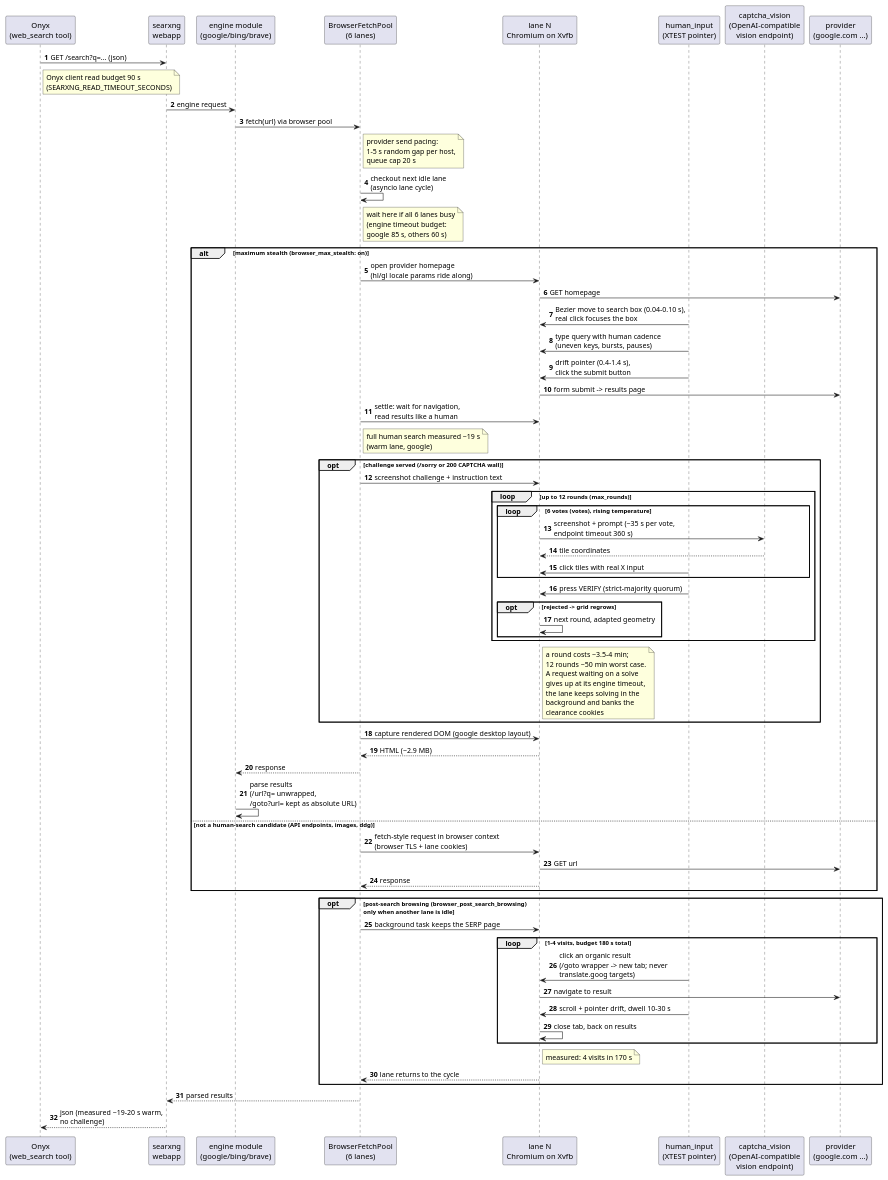
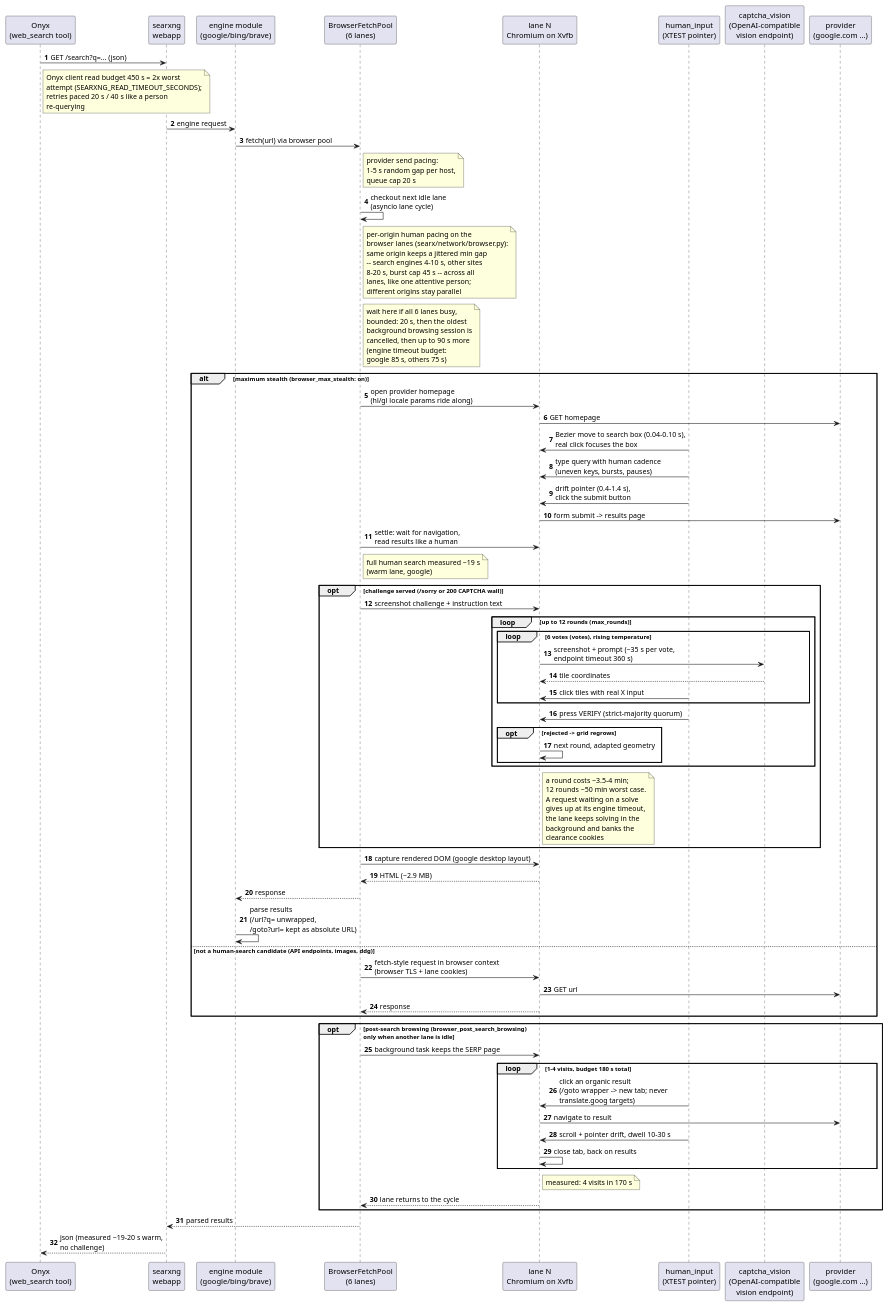
Before and after one commit to plartemyev/searxng: the diagram in docs/browser_masquerade_sequence.puml, drawn with PlantUML.

Commit message:
[doc] sequence diagram: per-origin pacing + the new budget ladder

```diff
--- a/docs/browser_masquerade_sequence.puml
+++ b/docs/browser_masquerade_sequence.puml
@@ -1,76 +1,77 @@
 @startuml browser_masquerade_sequence
 ' Browser masquerade search workflow with measured timings (2026-09-26).
 ' 6 lanes on Xvfb :99-:104, distro Chromium 154, Thai residential egress.
 
 autonumber
 
 participant "Onyx\n(web_search tool)" as Onyx
 participant "searxng\nwebapp" as Web
 participant "engine module\n(google/bing/brave)" as Eng
 participant "BrowserFetchPool\n(6 lanes)" as Pool
 participant "lane N\nChromium on Xvfb" as Lane
 participant "human_input\n(XTEST pointer)" as Hand
 participant "captcha_vision\n(OpenAI-compatible\nvision endpoint)" as Vision
 participant "provider\n(google.com ...)" as Up
 
 Onyx -> Web : GET /search?q=... (json)
-note right of Onyx : Onyx client read budget 90 s\n(SEARXNG_READ_TIMEOUT_SECONDS)
+note right of Onyx : Onyx client read budget 450 s = 2x worst\nattempt (SEARXNG_READ_TIMEOUT_SECONDS);\nretries paced 20 s / 40 s like a person\nre-querying
 
 Web -> Eng : engine request
 Eng -> Pool : fetch(url) via browser pool
 note right of Pool : provider send pacing:\n1-5 s random gap per host,\nqueue cap 20 s
 
 Pool -> Pool : checkout next idle lane\n(asyncio lane cycle)
-note right of Pool : wait here if all 6 lanes busy\n(engine timeout budget:\ngoogle 85 s, others 60 s)
+note right of Pool : per-origin human pacing on the\nbrowser lanes (searx/network/browser.py):\nsame origin keeps a jittered min gap\n-- search engines 4-10 s, other sites\n8-20 s, burst cap 45 s -- across all\nlanes, like one attentive person;\ndifferent origins stay parallel
+note right of Pool : wait here if all 6 lanes busy,\nbounded: 20 s, then the oldest\nbackground browsing session is\ncancelled, then up to 90 s more\n(engine timeout budget:\ngoogle 85 s, others 75 s)
 
 alt maximum stealth (browser_max_stealth: on)
     Pool -> Lane : open provider homepage\n(hl/gl locale params ride along)
     Lane -> Up : GET homepage
     Hand -> Lane : Bezier move to search box (0.04-0.10 s),\nreal click focuses the box
     Hand -> Lane : type query with human cadence\n(uneven keys, bursts, pauses)
     Hand -> Lane : drift pointer (0.4-1.4 s),\nclick the submit button
     Lane -> Up : form submit -> results page
     Pool -> Lane : settle: wait for navigation,\nread results like a human
     note right of Pool : full human search measured ~19 s\n(warm lane, google)
 
     opt challenge served (/sorry or 200 CAPTCHA wall)
         Pool -> Lane : screenshot challenge + instruction text
         loop up to 12 rounds (max_rounds)
             loop 6 votes (votes), rising temperature
                 Lane -> Vision : screenshot + prompt (~35 s per vote,\nendpoint timeout 360 s)
                 Vision --> Lane : tile coordinates
                 Hand -> Lane : click tiles with real X input
             end
             Hand -> Lane : press VERIFY (strict-majority quorum)
             opt rejected -> grid regrows
                 Lane -> Lane : next round, adapted geometry
             end
         end
         note right of Lane : a round costs ~3.5-4 min;\n12 rounds ~50 min worst case.\nA request waiting on a solve\ngives up at its engine timeout,\nthe lane keeps solving in the\nbackground and banks the\nclearance cookies
     end
 
     Pool -> Lane : capture rendered DOM (google desktop layout)
     Lane --> Pool : HTML (~2.9 MB)
     Pool --> Eng : response
     Eng -> Eng : parse results\n(/url?q= unwrapped,\n/goto?url= kept as absolute URL)
 else not a human-search candidate (API endpoints, images, ddg)
     Pool -> Lane : fetch-style request in browser context\n(browser TLS + lane cookies)
     Lane -> Up : GET url
     Lane --> Pool : response
 end
 
 opt post-search browsing (browser_post_search_browsing)\nonly when another lane is idle
     Pool -> Lane : background task keeps the SERP page
     loop 1-4 visits, budget 180 s total
         Hand -> Lane : click an organic result\n(/goto wrapper -> new tab; never\ntranslate.goog targets)
         Lane -> Up : navigate to result
         Hand -> Lane : scroll + pointer drift, dwell 10-30 s
         Lane -> Lane : close tab, back on results
     end
     note right of Lane : measured: 4 visits in 170 s
     Lane --> Pool : lane returns to the cycle
 end
 
 Pool --> Web : parsed results
 Web --> Onyx : json (measured ~19-20 s warm,\nno challenge)
 @enduml
```
